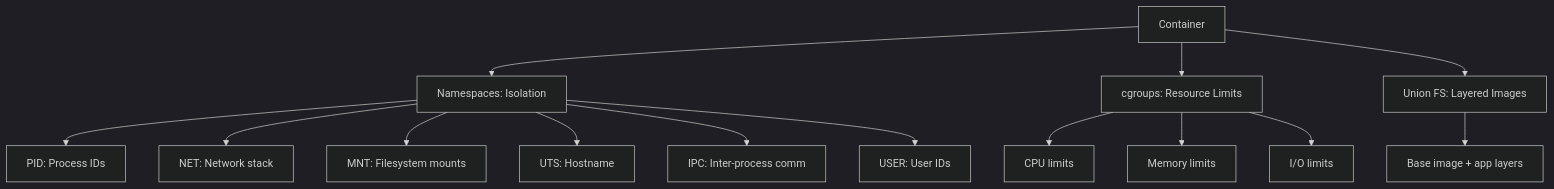
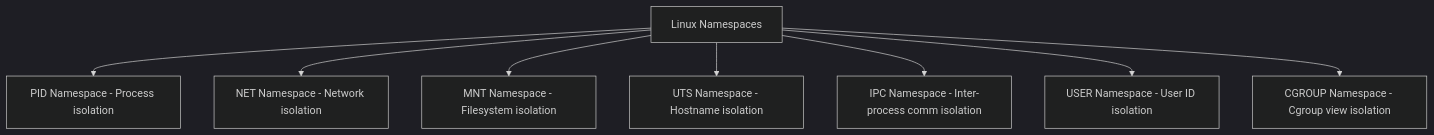
The second of 7 diagrams in src/cloud/virtualization/vm-vs-container.md (vanos001/placement_prep), drawn with Mermaid (dark theme) before and after one commit. The commit also changed other lines of this file and 22 other files, not shown here.

````diff
--- a/src/cloud/virtualization/vm-vs-container.md
+++ b/src/cloud/virtualization/vm-vs-container.md
@@ -48,19 +86,10 @@
 ```mermaid
-graph TD
-    CONTAINER[Container] --> NAMESPACES[Namespaces: Isolation]
-    CONTAINER --> CGROUPS[cgroups: Resource Limits]
-    CONTAINER --> UNIONFS[Union FS: Layered Images]
-
-    NAMESPACES --> PID[PID: Process IDs]
-    NAMESPACES --> NET[NET: Network stack]
-    NAMESPACES --> MNT[MNT: Filesystem mounts]
-    NAMESPACES --> UTS[UTS: Hostname]
-    NAMESPACES --> IPC[IPC: Inter-process comm]
-    NAMESPACES --> USER[USER: User IDs]
-
-    CGROUPS --> CPU_LIM[CPU limits]
-    CGROUPS --> MEM_LIM[Memory limits]
-    CGROUPS --> IO_LIM[I/O limits]
-
-    UNIONFS --> LAYERS[Base image + app layers]
+graph TB
+    NS[Linux Namespaces] --> PID[PID Namespace - Process isolation]
+    NS --> NET[NET Namespace - Network isolation]
+    NS --> MNT[MNT Namespace - Filesystem isolation]
+    NS --> UTS[UTS Namespace - Hostname isolation]
+    NS --> IPC[IPC Namespace - Inter-process comm isolation]
+    NS --> USER[USER Namespace - User ID isolation]
+    NS --> CGROUP[CGROUP Namespace - Cgroup view isolation]
 ```
````
